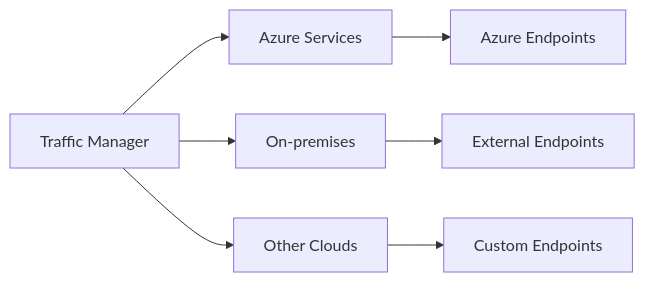
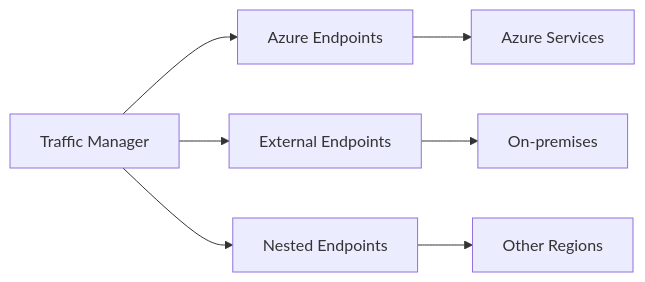
Diagram 13 of 14 in src/azure/az-104/Traffic_Manager.md (saravanakumarrc/Architecture_Journey), drawn with Mermaid before and after one commit. The commit also changed other lines of this file and 6 other files, not shown here.

First line of the commit message:
Add comprehensive documentation for Azure networking services

````diff
--- a/src/azure/az-104/Traffic_Manager.md
+++ b/src/azure/az-104/Traffic_Manager.md
@@ -224,10 +210,10 @@
 ```mermaid
 graph LR
-    A[Traffic Manager] --> B[Azure Services]
-    A --> C[On-premises]
-    A --> D[Other Clouds]
+    A[Traffic Manager] --> B[Azure Endpoints]
+    A --> C[External Endpoints]
+    A --> D[Nested Endpoints]
     
-    B --> E[Azure Endpoints]
-    C --> F[External Endpoints]
-    D --> G[Custom Endpoints]
+    B --> E[Azure Services]
+    C --> F[On-premises]
+    D --> G[Other Regions]
 ```
````
